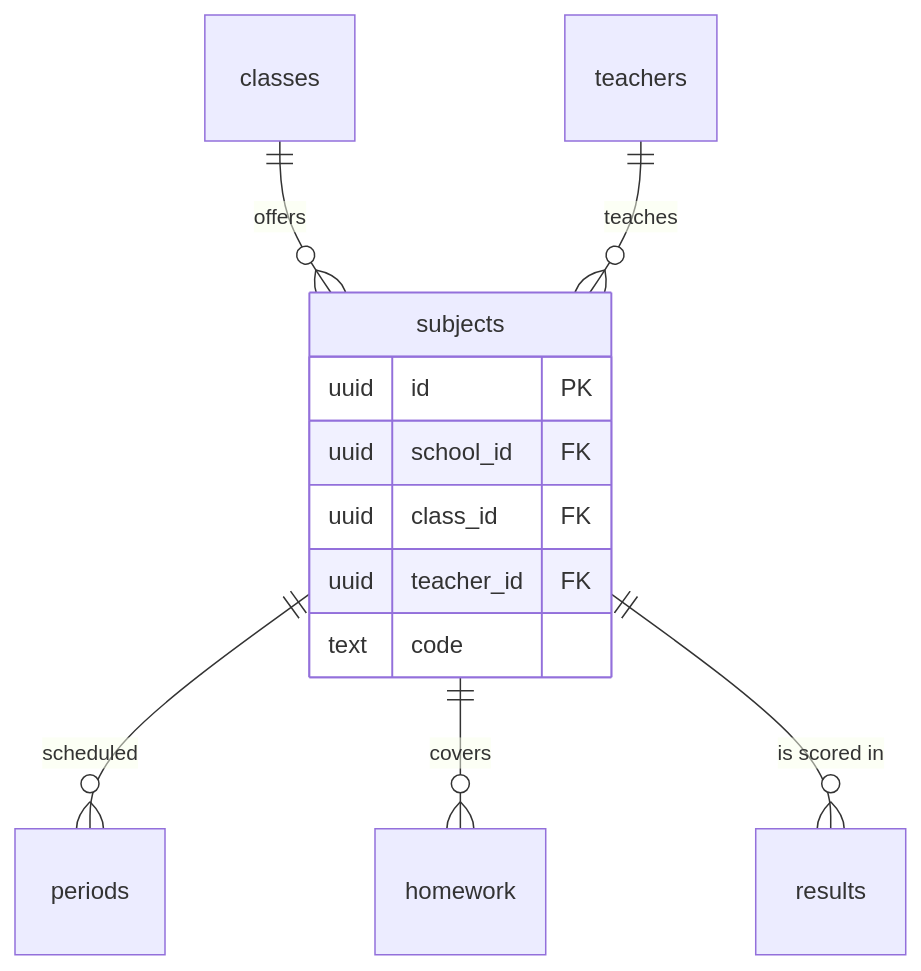
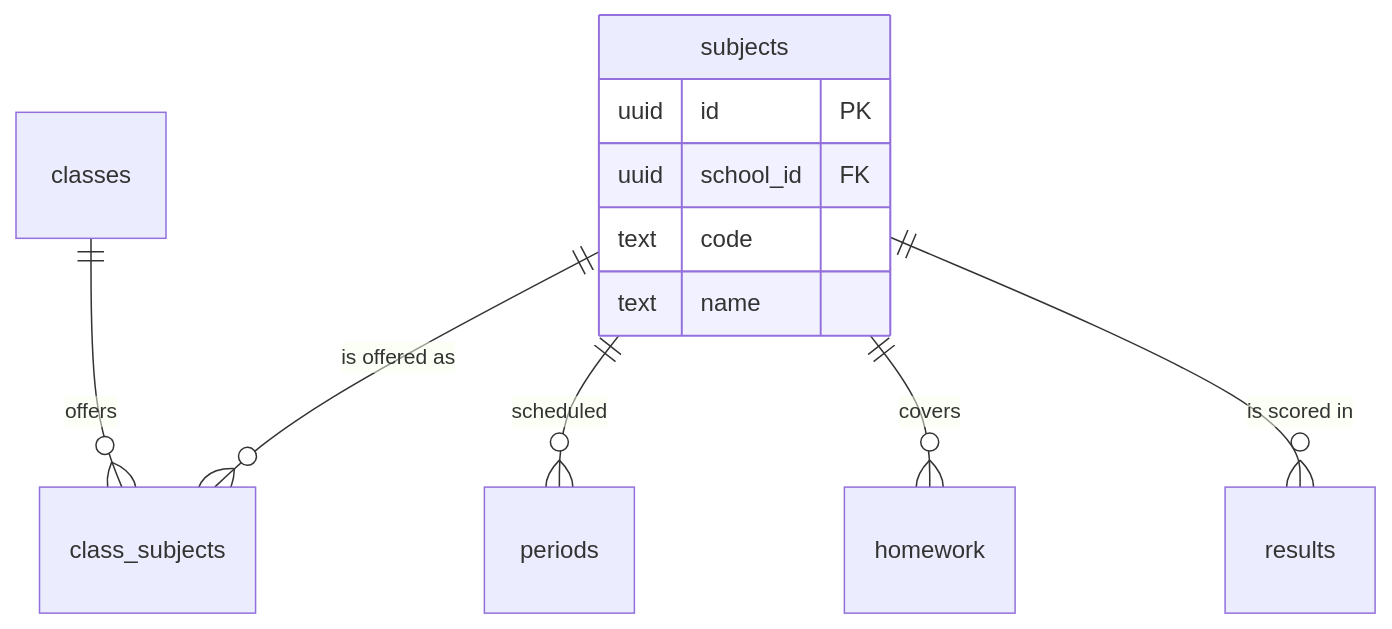
One commit to rahmat058/school-flow-ai changed diagram 15 of 48 in docs/backend/Database.md. Above: the diagram before and after it, drawn with Mermaid. The commit also changed other lines of this file and 26 other files, not shown here.

````diff
--- a/docs/backend/Database.md
+++ b/docs/backend/Database.md
@@ -685,15 +689,14 @@
 ```mermaid
 erDiagram
-  classes ||--o{ subjects : "offers"
-  teachers ||--o{ subjects : "teaches"
+  classes ||--o{ class_subjects : "offers"
+  subjects ||--o{ class_subjects : "is offered as"
   subjects ||--o{ periods : "scheduled"
   subjects ||--o{ homework : "covers"
   subjects ||--o{ results : "is scored in"
   subjects {
     uuid id PK
     uuid school_id FK
-    uuid class_id FK
-    uuid teacher_id FK
     text code
+    text name
   }
 ```
````
